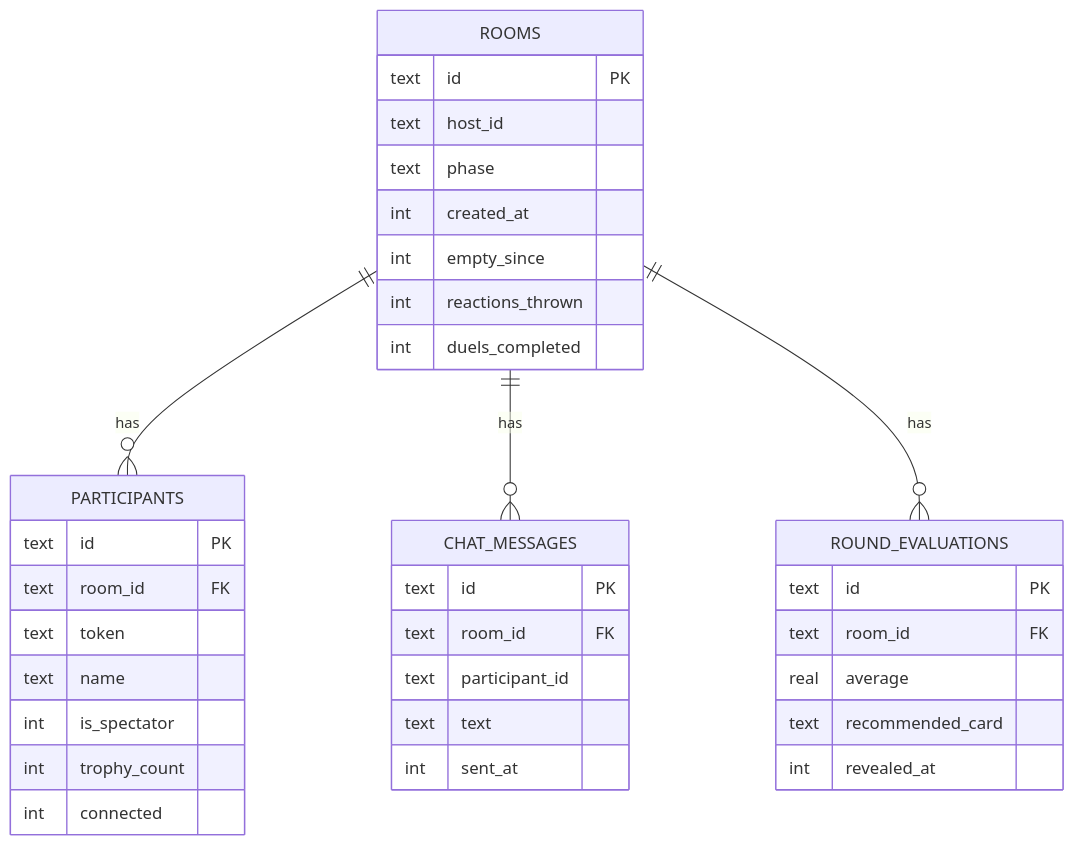
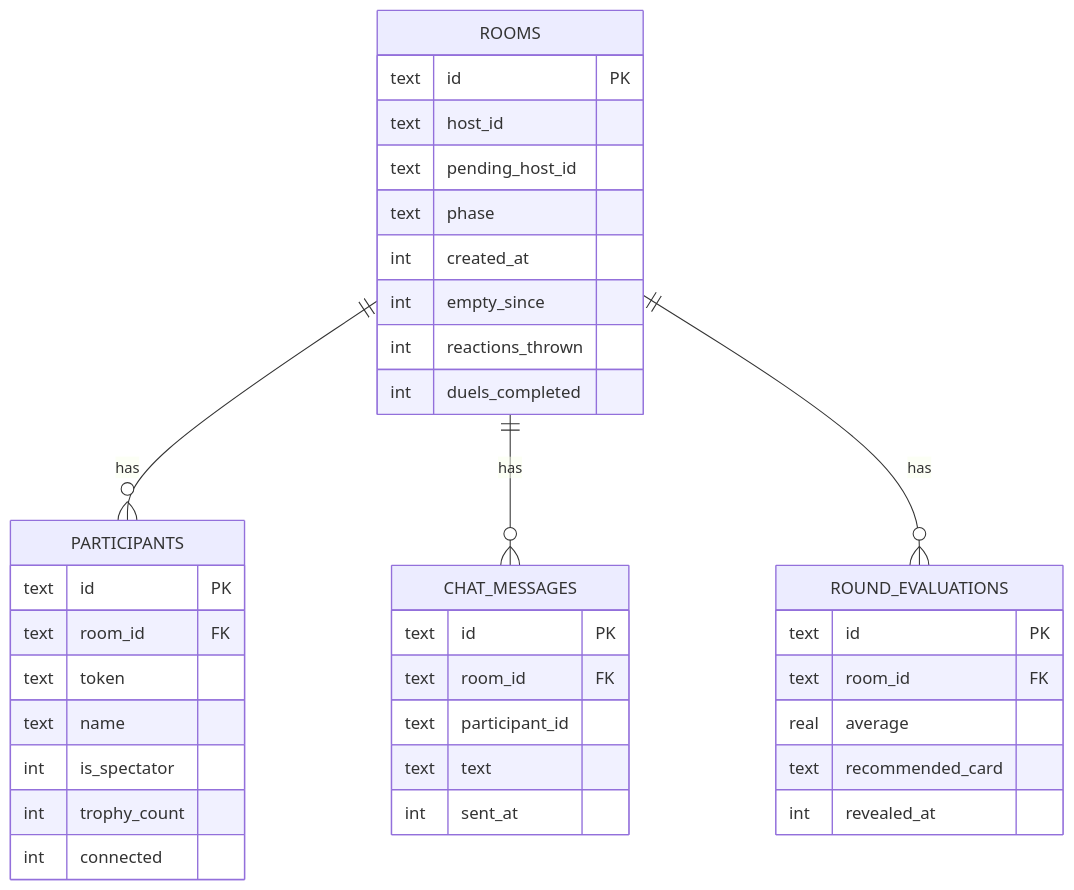
The fifth of 5 diagrams in README.md (kaiehrhardt/pp), drawn with Mermaid before and after one commit. The commit also changed other lines of this file and 9 other files, not shown here.

````diff
--- a/README.md
+++ b/README.md
@@ -246,39 +246,40 @@
 ```mermaid
 erDiagram
     ROOMS ||--o{ PARTICIPANTS : has
     ROOMS ||--o{ CHAT_MESSAGES : has
     ROOMS ||--o{ ROUND_EVALUATIONS : has
 
     ROOMS {
         text id PK
         text host_id
+        text pending_host_id
         text phase
         int created_at
         int empty_since
         int reactions_thrown
         int duels_completed
     }
     PARTICIPANTS {
         text id PK
         text room_id FK
         text token
         text name
         int is_spectator
         int trophy_count
         int connected
     }
     CHAT_MESSAGES {
         text id PK
         text room_id FK
         text participant_id
         text text
         int sent_at
     }
     ROUND_EVALUATIONS {
         text id PK
         text room_id FK
         real average
         text recommended_card
         int revealed_at
     }
 ```
````
